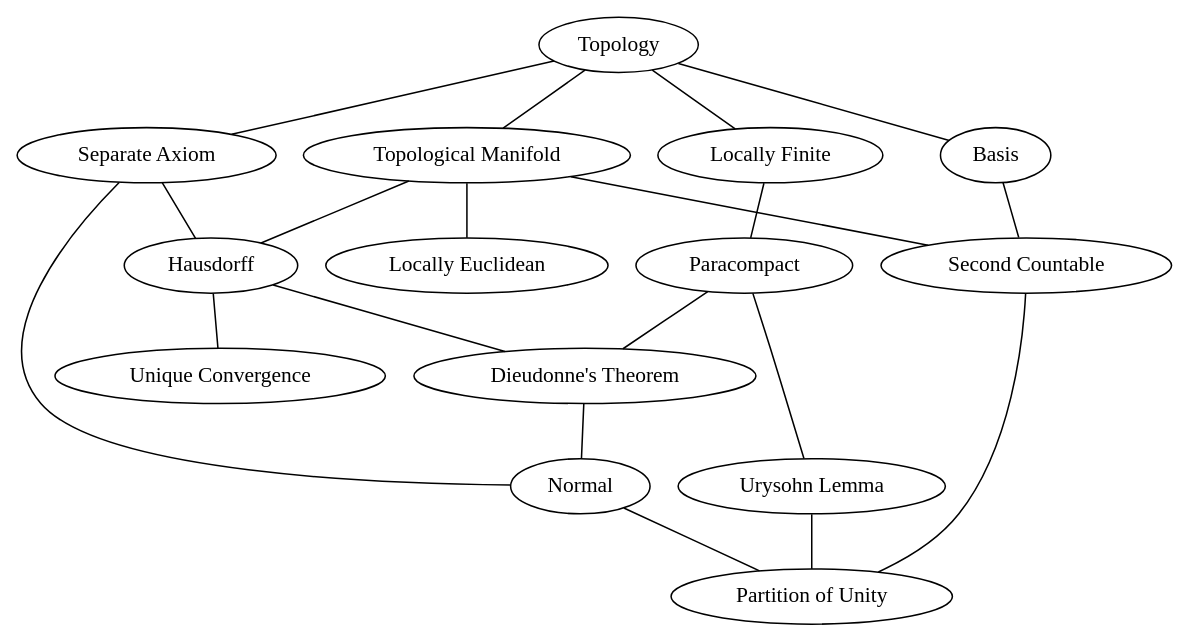
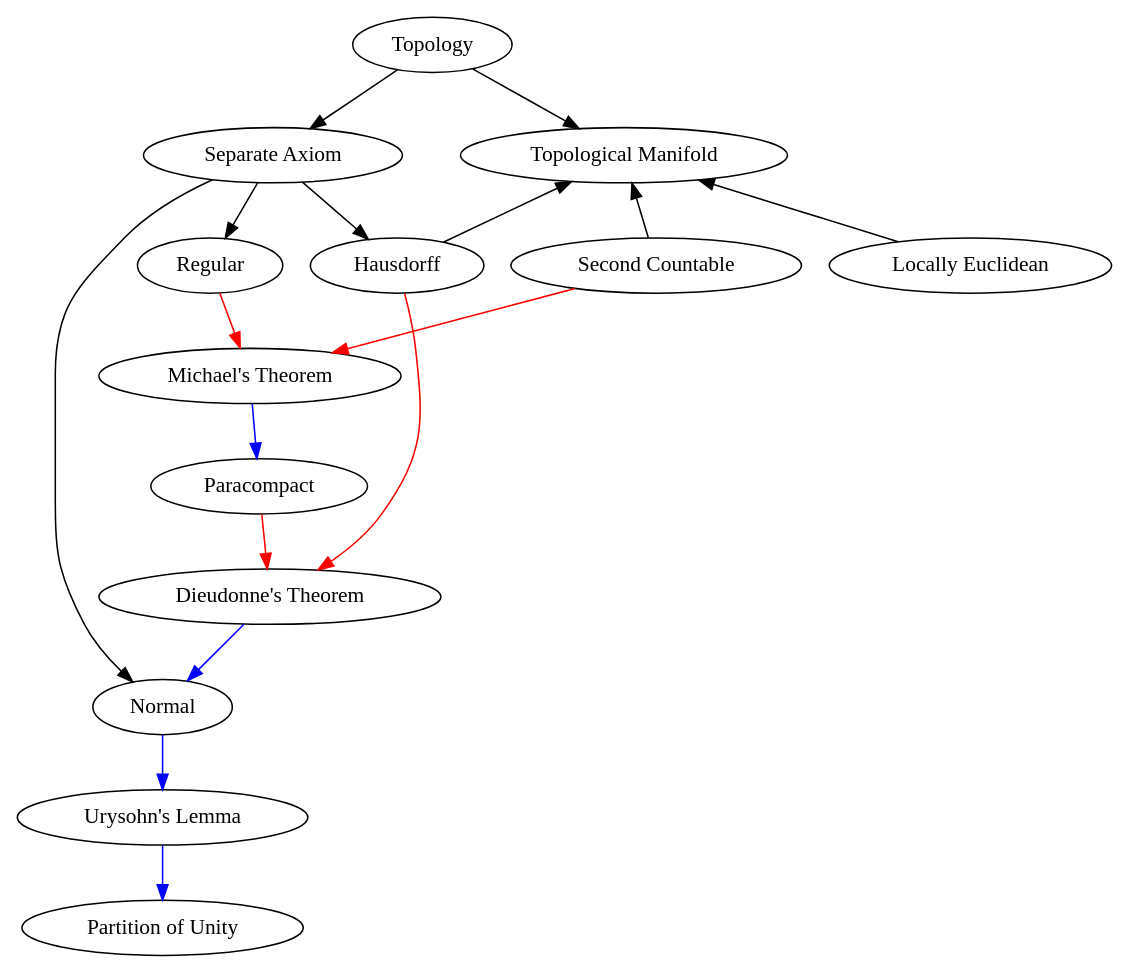
Before and after one commit to Axect/Physics2018: the diagram in GR/chap1.dot, drawn with Graphviz. The commit also changed 3 other files, not shown here.

```diff
--- a/GR/chap1.dot
+++ b/GR/chap1.dot
@@ -1,21 +1,17 @@
-graph G {
-    "Topological Manifold" -- Hausdorff;
-    "Topological Manifold" -- "Locally Euclidean";
-    "Topological Manifold" -- "Second Countable";
-    Topology -- "Topological Manifold";
-    Topology -- Basis;
-    Topology -- "Locally Finite";
-    "Locally Finite" -- Paracompact;
-    Basis -- "Second Countable";
-    Hausdorff -- "Unique Convergence";
-    Paracompact -- "Urysohn Lemma";
-    "Urysohn Lemma" -- "Partition of Unity";
-    "Second Countable" -- "Partition of Unity";
-    Normal -- "Partition of Unity";
-    Hausdorff -- "Dieudonne's Theorem";
-    Paracompact -- "Dieudonne's Theorem";
-    "Dieudonne's Theorem" -- Normal;
-    Topology -- "Separate Axiom";
-    "Separate Axiom" -- Hausdorff;
-    "Separate Axiom" -- Normal;
+digraph G {
+    // graph [ordering="out"];
+    "Topological Manifold" -> { Hausdorff "Locally Euclidean" "Second Countable" }[dir=back];
+    { rank=same; Hausdorff "Locally Euclidean" "Second Countable" };
+    Topology -> { "Topological Manifold" "Separate Axiom" };
+    "Urysohn's Lemma" -> "Partition of Unity"[color=blue,penwidth=1.0];
+    Hausdorff -> "Dieudonne's Theorem"[color=red,penwidth=1.0];
+    Paracompact -> "Dieudonne's Theorem"[color=red,penwidth=1.0];
+    "Separate Axiom" -> { Hausdorff Regular Normal };
+    Normal -> "Urysohn's Lemma"[color=blue,penwidth=1.0];
+    "Second Countable" -> "Michael's Theorem"[color=red,penwidth=1.0];
+    Regular -> "Michael's Theorem"[color=red,penwidth=1.0];
+    "Michael's Theorem" -> Paracompact[color=blue,penwidth=1.0];
+    // "Dieudonne's Theorem" -> Regular[color=blue,penwidth=1.0];
+    "Dieudonne's Theorem" -> Normal[color=blue,penwidth=1.0];
+    { Paracompact "Urysohn's Lemma" }
 }
```
